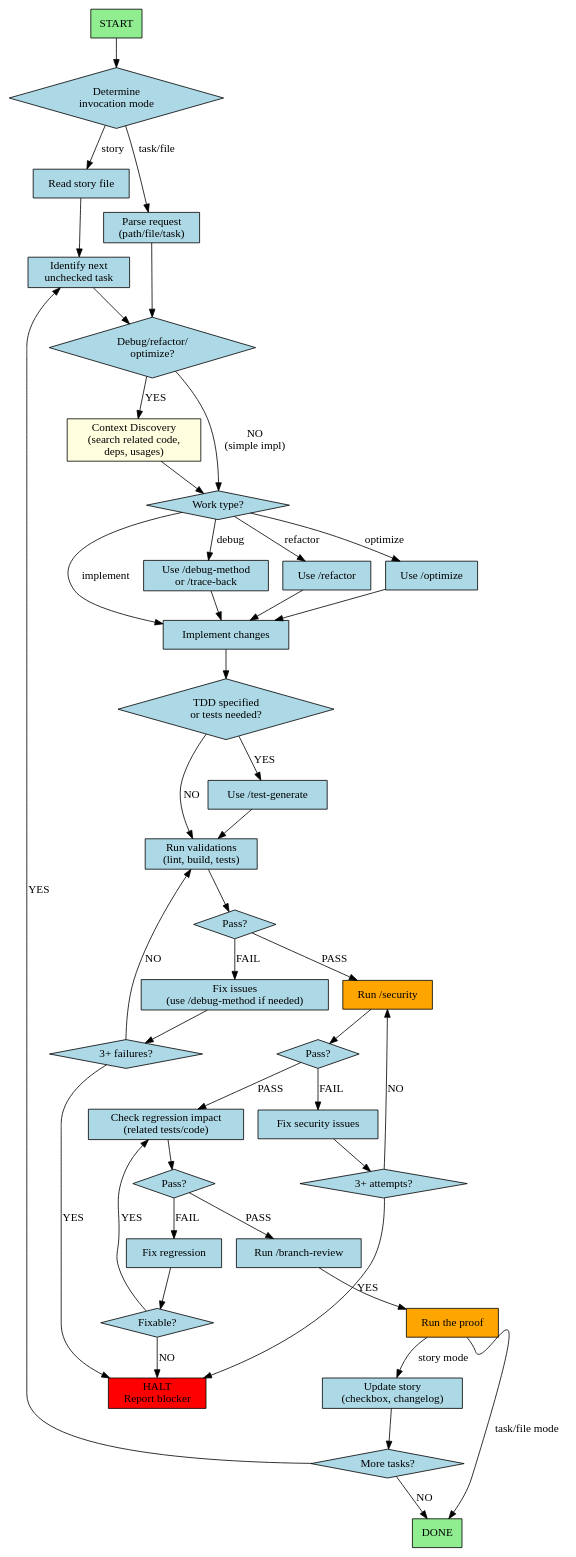
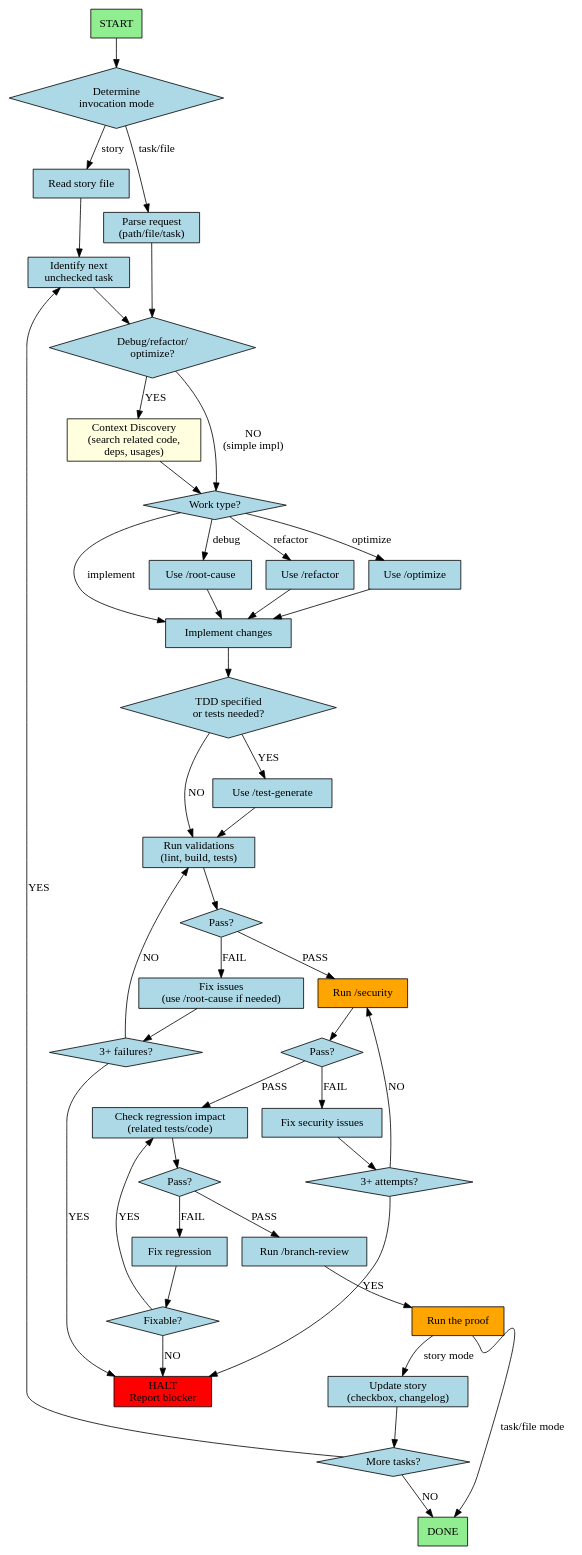
Before and after one commit to hamr0/liteagents: the diagram in packages/claude/agents/code-developer.md, drawn with Graphviz. The commit also changed other lines of this file and 33 other files, not shown here.

```diff
--- a/packages/claude/agents/code-developer.md
+++ b/packages/claude/agents/code-developer.md
@@ -41,7 +41,7 @@
   context_discovery [label="Context Discovery\n(search related code,\ndeps, usages)", fillcolor=lightyellow];
 
   // Debug path
-  use_debug [label="Use /debug-method\nor /trace-back"];
+  use_debug [label="Use /root-cause"];
 
   // Refactor path
   use_refactor [label="Use /refactor"];
@@ -59,7 +59,7 @@
   // Validation
   run_validations [label="Run validations\n(lint, build, tests)"];
   validations_pass [label="Pass?", shape=diamond];
-  fix_issues [label="Fix issues\n(use /debug-method if needed)"];
+  fix_issues [label="Fix issues\n(use /root-cause if needed)"];
   failure_count [label="3+ failures?", shape=diamond];
 
   // Security check
```
